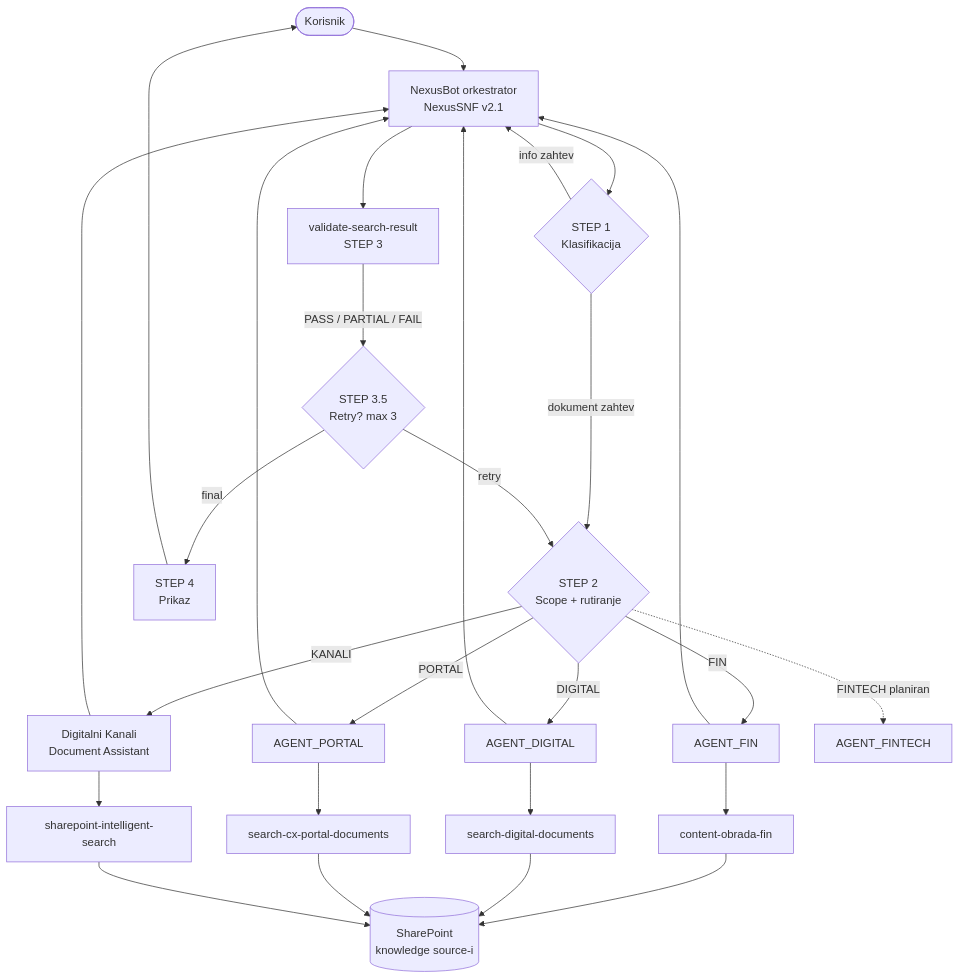
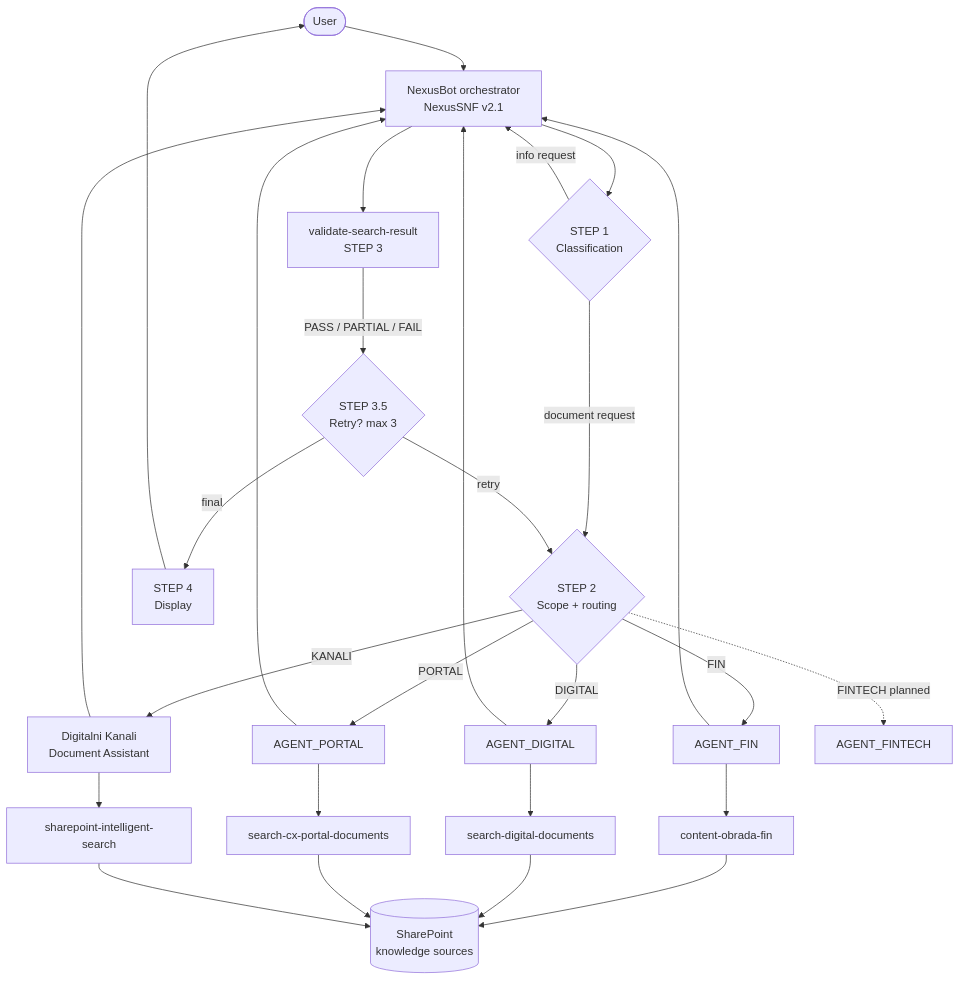
The first of 2 diagrams in README.md (NikolaSae/nexus-SNF), drawn with Mermaid before and after one commit. The commit also changed other lines of this file, not shown here.

````diff
--- a/README.md
+++ b/README.md
@@ -62,23 +63,23 @@
 ```mermaid
 flowchart TD
-    U([Korisnik]) --> O[NexusBot orkestrator<br/>NexusSNF v2.1]
-    O --> C{STEP 1<br/>Klasifikacija}
-    C -->|info zahtev| O
-    C -->|dokument zahtev| S{STEP 2<br/>Scope + rutiranje}
+    U([User]) --> O[NexusBot orchestrator<br/>NexusSNF v2.1]
+    O --> C{STEP 1<br/>Classification}
+    C -->|info request| O
+    C -->|document request| S{STEP 2<br/>Scope + routing}
     S -->|FIN| A1[AGENT_FIN]
     S -->|DIGITAL| A2[AGENT_DIGITAL]
     S -->|PORTAL| A3[AGENT_PORTAL]
     S -->|KANALI| A4[Digitalni Kanali<br/>Document Assistant]
-    S -.FINTECH planirano.-> A5[AGENT_FINTECH]
+    S -.FINTECH planned.-> A5[AGENT_FINTECH]
     A1 --> SK1[content-obrada-fin]
     A2 --> SK2[search-digital-documents]
     A3 --> SK3[search-cx-portal-documents]
     A4 --> SK4[sharepoint-intelligent-search]
-    SK1 & SK2 & SK3 & SK4 --> K[(SharePoint<br/>knowledge source-i)]
+    SK1 & SK2 & SK3 & SK4 --> K[(SharePoint<br/>knowledge sources)]
     A1 & A2 & A3 & A4 --> O
     O --> V[validate-search-result<br/>STEP 3]
     V -->|PASS / PARTIAL / FAIL| D{STEP 3.5<br/>Retry? max 3}
     D -->|retry| S
-    D -->|final| P[STEP 4<br/>Prikaz]
+    D -->|final| P[STEP 4<br/>Display]
     P --> U
 ```
````
